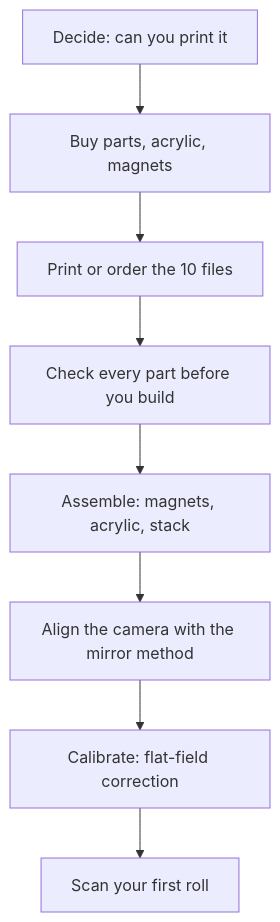
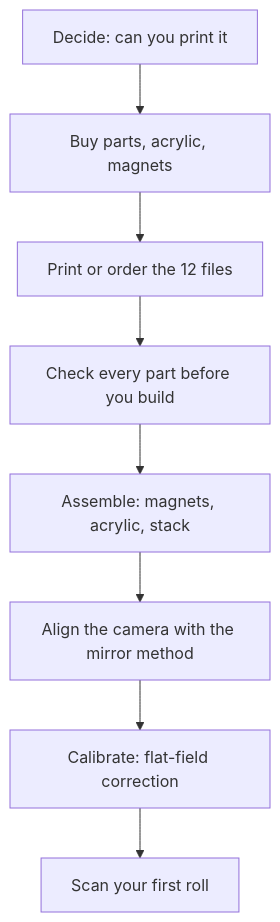
Before and after one commit to Neoanaloglab/Neobox: the diagram in docs/getting-started.md, drawn with Mermaid. The commit also changed other lines of this file and 44 other files, not shown here.

````diff
--- a/docs/getting-started.md
+++ b/docs/getting-started.md
@@ -99,10 +99,10 @@
 ```mermaid
 flowchart TD
     A[Decide: can you print it] --> B[Buy parts, acrylic, magnets]
-    B --> C[Print or order the 10 files]
+    B --> C[Print or order the 12 files]
     C --> D[Check every part before you build]
     D --> E[Assemble: magnets, acrylic, stack]
     E --> F[Align the camera with the mirror method]
     F --> G[Calibrate: flat-field correction]
     G --> H[Scan your first roll]
 ```
````
